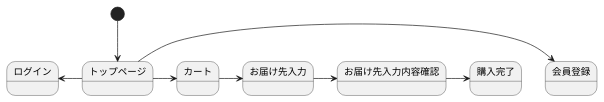
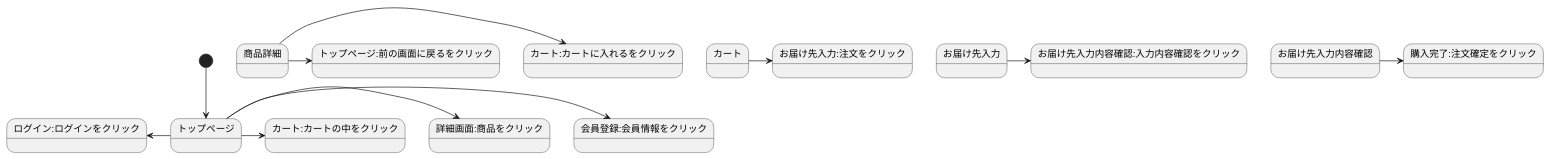
Before and after one commit to Aso2001409/2021sys-design: the diagram in stm01.md, drawn with PlantUML.

````diff
--- a/stm01.md
+++ b/stm01.md
@@ -1,11 +1,14 @@
 ```uml
 @startuml
 [*]-->トップページ
-トップページ->会員登録
-トップページ-left>ログイン
-トップページ->カート
-カート->お届け先入力
-お届け先入力->お届け先入力内容確認
-お届け先入力内容確認->購入完了
+トップページ->会員登録:会員情報をクリック
+トップページ-left>ログイン:ログインをクリック
+トップページ->詳細画面:商品をクリック
+トップページ->カート:カートの中をクリック
+商品詳細->カート:カートに入れるをクリック
+商品詳細->トップページ:前の画面に戻るをクリック
+カート->お届け先入力:注文をクリック
+お届け先入力->お届け先入力内容確認:入力内容確認をクリック
+お届け先入力内容確認->購入完了:注文確定をクリック
 @enduml
 ```
````
